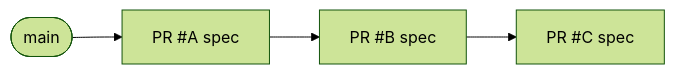
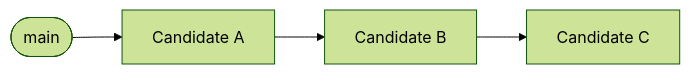
The diagram in docs/merge-steward.md (krasnoperov/patchrelay), drawn with Mermaid (forest theme) before and after one commit. The commit also changed other lines of this file and 17 other files, not shown here.

````diff
--- a/docs/merge-steward.md
+++ b/docs/merge-steward.md
@@ -170,10 +172,10 @@
 ```mermaid
 flowchart LR
     main([main])
-    A[PR #A spec]
-    B[PR #B spec]
-    C[PR #C spec]
+    A[Candidate A]
+    B[Candidate B]
+    C[Candidate C]
     main --> A
     A --> B
     B --> C
 ```
````
